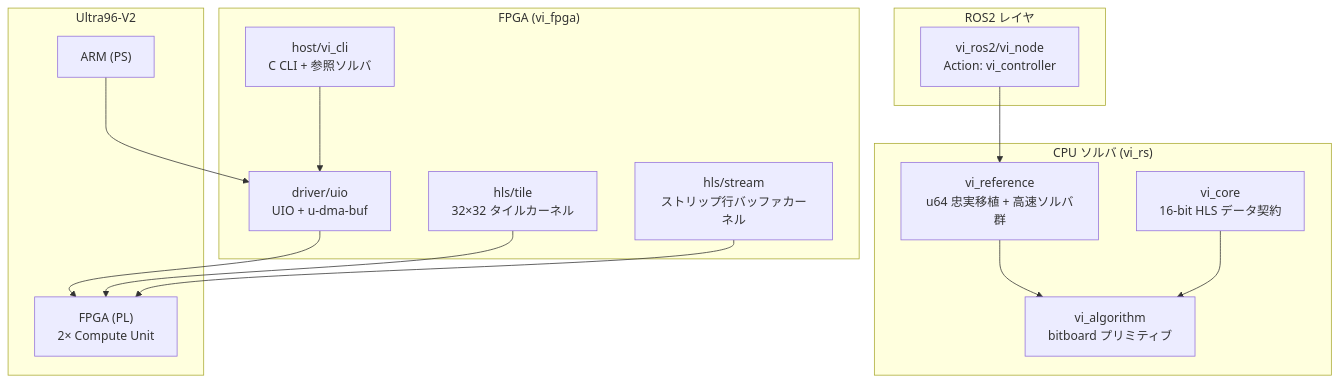
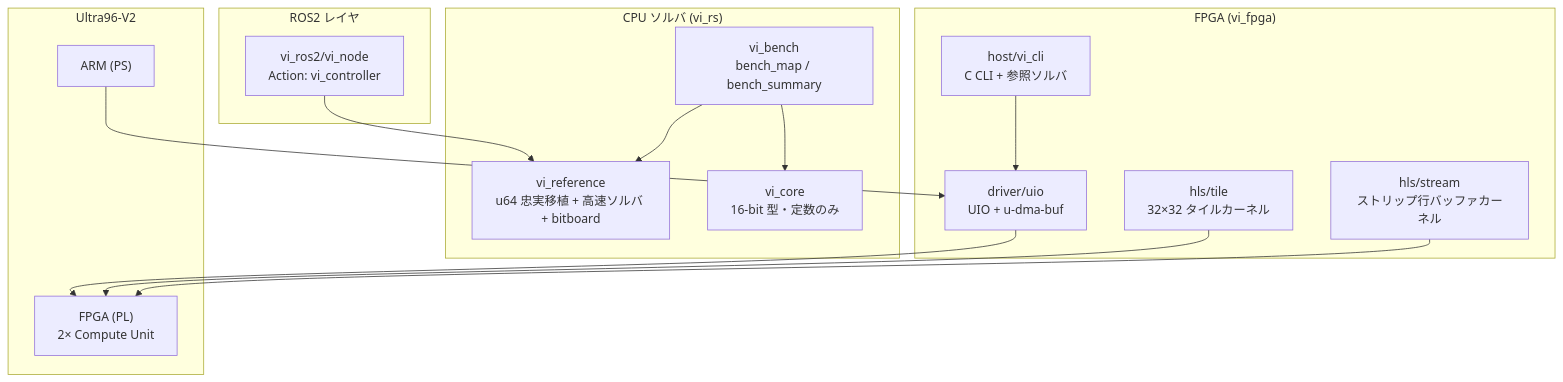
One commit to kei487/value_iteration_rust changed the diagram in README.md. Above: the diagram before and after it, drawn with Mermaid. The commit also changed other lines of this file and 3 other files, not shown here.

````diff
--- a/README.md
+++ b/README.md
@@ -88,33 +87,33 @@
 ```mermaid
 flowchart TB
     subgraph ROS["ROS2 レイヤ"]
         vi_node["vi_ros2/vi_node<br/>Action: vi_controller"]
     end
 
     subgraph CPU["CPU ソルバ (vi_rs)"]
-        vi_ref["vi_reference<br/>u64 忠実移植 + 高速ソルバ群"]
-        vi_core["vi_core<br/>16-bit HLS データ契約"]
-        vi_algo["vi_algorithm<br/>bitboard プリミティブ"]
+        vi_ref["vi_reference<br/>u64 忠実移植 + 高速ソルバ + bitboard"]
+        vi_core["vi_core<br/>16-bit 型・定数のみ"]
+        vi_bench["vi_bench<br/>bench_map / bench_summary"]
     end
 
     subgraph HW["FPGA (vi_fpga)"]
         driver["driver/uio<br/>UIO + u-dma-buf"]
         host["host/vi_cli<br/>C CLI + 参照ソルバ"]
         hls_tile["hls/tile<br/>32×32 タイルカーネル"]
         hls_stream["hls/stream<br/>ストリップ行バッファカーネル"]
     end
 
     subgraph Board["Ultra96-V2"]
         ARM["ARM (PS)"]
         PL["FPGA (PL)<br/>2× Compute Unit"]
     end
 
     vi_node --> vi_ref
-    vi_ref --> vi_algo
-    vi_core --> vi_algo
+    vi_bench --> vi_ref
+    vi_bench --> vi_core
     host --> driver
     driver --> PL
     ARM --> driver
     hls_tile --> PL
     hls_stream --> PL
 ```
````
